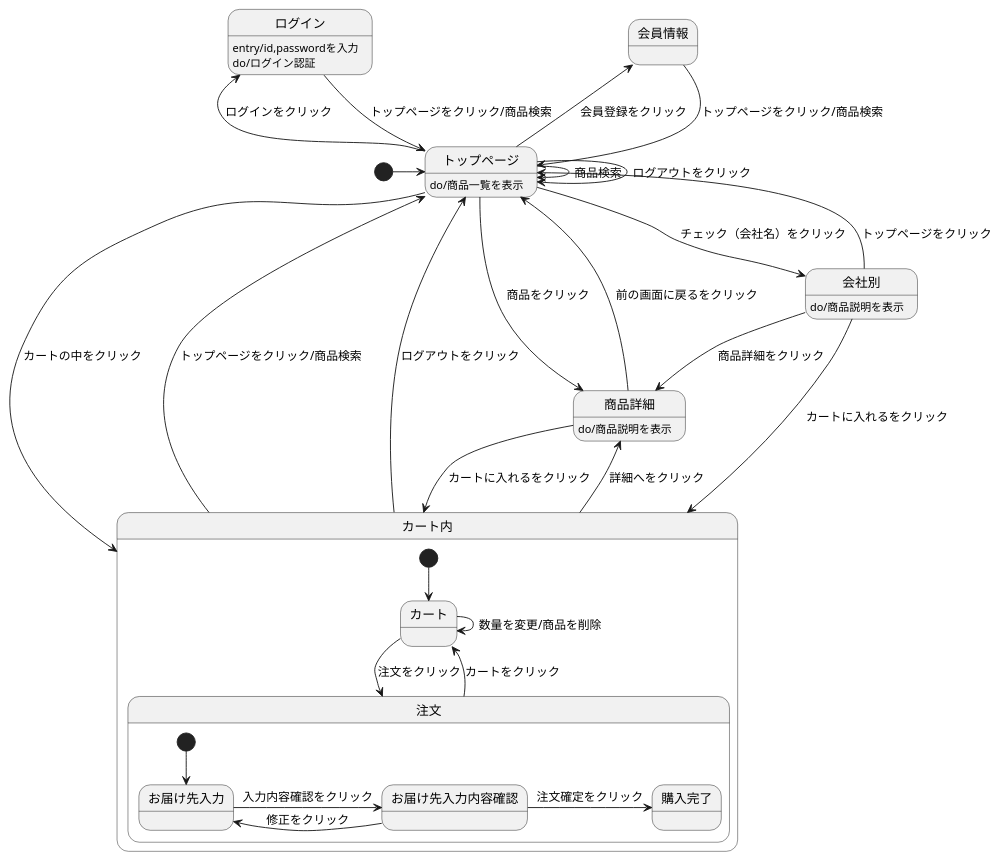
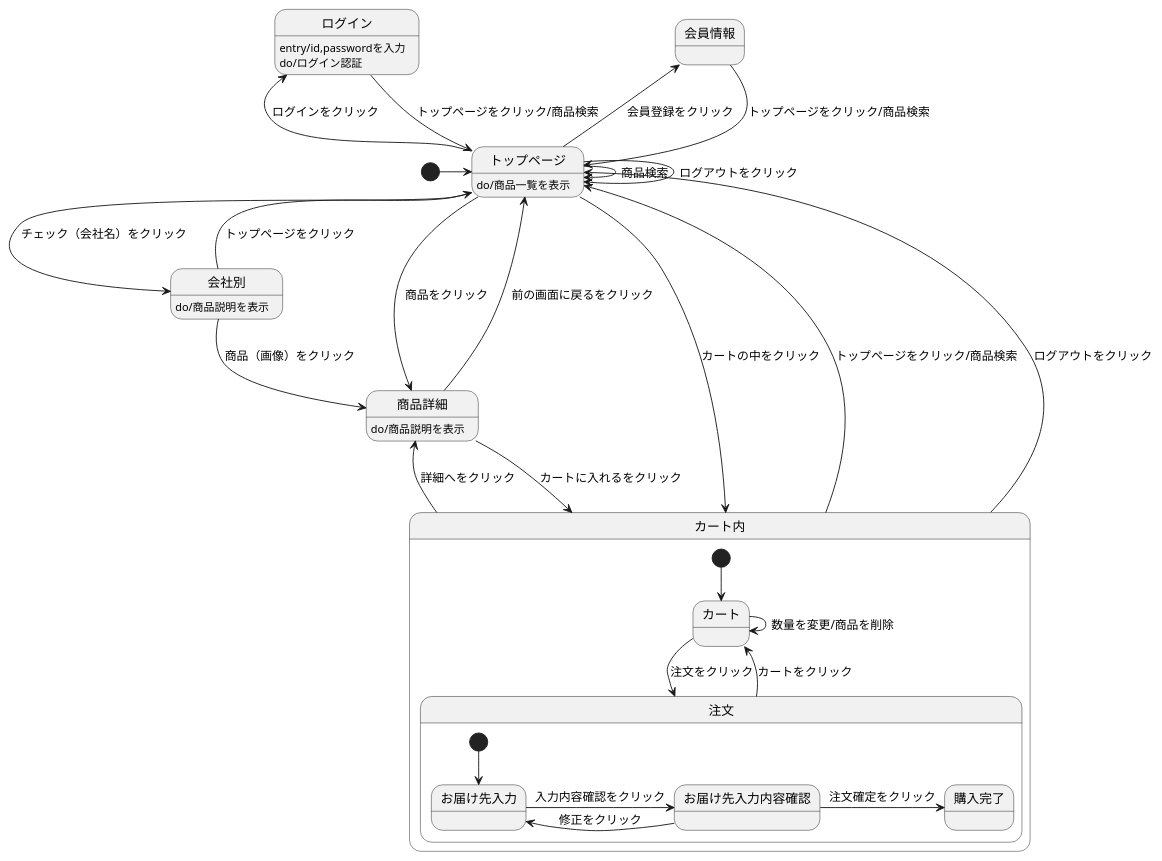
The diagram in myHP/第１２回画面遷移/画面遷移.md (Aso2001403/2021sys-design), drawn with PlantUML before and after one commit.

````diff
--- a/myHP/第１２回画面遷移/画面遷移.md
+++ b/myHP/第１２回画面遷移/画面遷移.md
@@ -1,40 +1,39 @@
 ```uml
 @startuml
 [*] -> トップページ
 会員情報 --> トップページ : トップページをクリック/商品検索
 ログイン --> トップページ : トップページをクリック/商品検索
 ログイン : entry/id,passwordを入力
 ログイン : do/ログイン認証
 トップページ --> トップページ : ログアウトをクリック
 トップページ -> トップページ : 商品検索
 トップページ -> 商品詳細 : 商品をクリック
 トップページ -> 会社別 : チェック（会社名）をクリック
 トップページ -left-> 会員情報 : 会員登録をクリック
 トップページ -left-> ログイン : ログインをクリック
 トップページ --> カート内 : カートの中をクリック
 トップページ : do/商品一覧を表示
 商品詳細 --> カート内 : カートに入れるをクリック
 商品詳細 --> トップページ : 前の画面に戻るをクリック
 商品詳細 : do/商品説明を表示
-会社別 -->  商品詳細: 商品詳細をクリック
-会社別 -->  カート内: カートに入れるをクリック
+会社別 -->  商品詳細: 商品（画像）をクリック
 会社別 --> トップページ : トップページをクリック
 会社別 : do/商品説明を表示
 カート内 -up-> トップページ : トップページをクリック/商品検索
 カート内 -up-> トップページ : ログアウトをクリック
 カート内 -> 商品詳細 : 詳細へをクリック
 
 state カート内 {
   [*] --> カート
   カート -> 注文 : 注文をクリック
   カート -> カート : 数量を変更/商品を削除
   注文 --> カート : カートをクリック
   state 注文 {
     [*] --> お届け先入力
     お届け先入力 -> お届け先入力内容確認 : 入力内容確認をクリック
     お届け先入力内容確認 -> お届け先入力 : 修正をクリック
     お届け先入力内容確認 -> 購入完了 : 注文確定をクリック
   }
 
 @enduml
 ```
````
